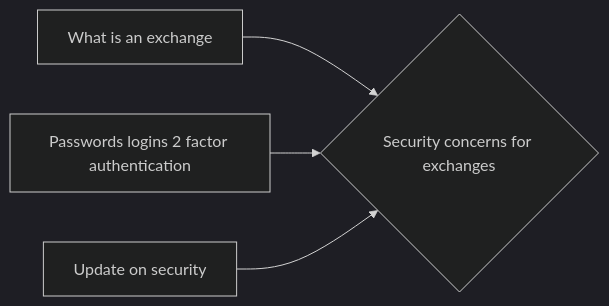
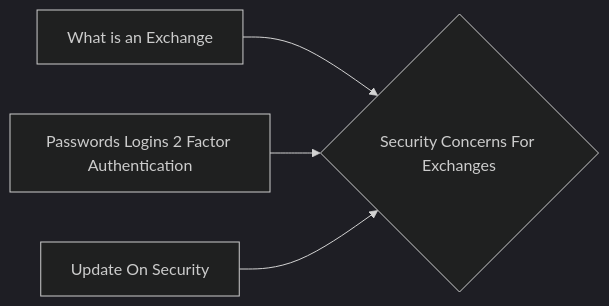
One commit to lpurdy01/crypto-knowledge-map changed the diagram in notes/Security_Concerns_For_Exchanges.md. Above: the diagram before and after it, drawn with Mermaid (dark theme). The commit also changed 50 other files, not shown here.

````diff
--- a/notes/Security_Concerns_For_Exchanges.md
+++ b/notes/Security_Concerns_For_Exchanges.md
@@ -12,6 +12,6 @@
 ```mermaid
 graph LR
-1["What is an exchange"]-->0{"Security concerns for exchanges"}
-2["Passwords logins 2 factor authentication"]-->0{"Security concerns for exchanges"}
-3["Update on security"]-->0{"Security concerns for exchanges"}
+1["What is an Exchange"]-->0{"Security Concerns For Exchanges"}
+2["Passwords Logins 2 Factor Authentication"]-->0{"Security Concerns For Exchanges"}
+3["Update On Security"]-->0{"Security Concerns For Exchanges"}
 ```
````
